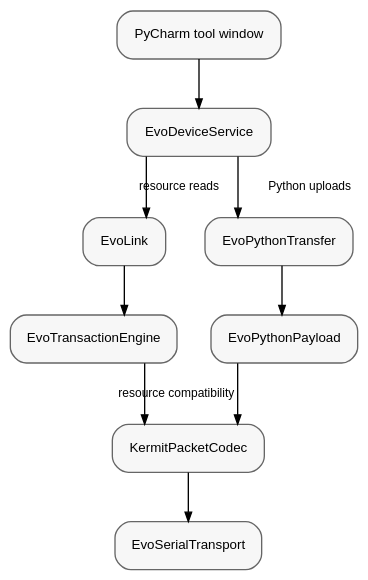
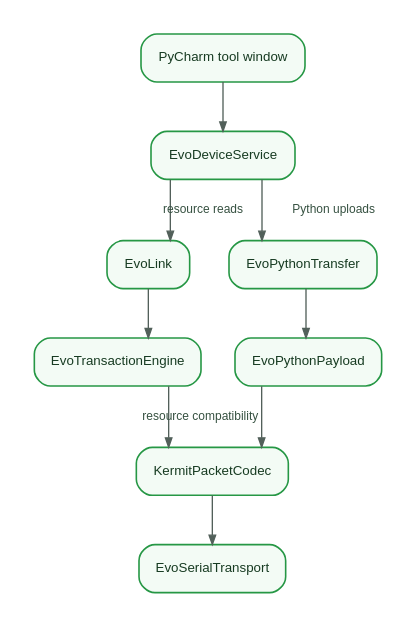
The first of 2 diagrams in docs/protocol.rst (Inspyre-Softworks/ti84-evo-for-pycharm), drawn with Graphviz before and after one commit. The commit also changed other lines of this file and 8 other files, not shown here.

```diff
--- a/docs/protocol.rst
+++ b/docs/protocol.rst
@@ -7,58 +7,63 @@
 .. graphviz::
    :align: center
+   :class: only-light architecture-diagram
 
    digraph architecture {
        rankdir=TB;
        splines=ortho;
 
        graph [
-           bgcolor="transparent",
+           bgcolor="#ffffff",
            pad=0.25,
            nodesep=0.35,
            ranksep=0.5
        ];
 
        node [
            shape=box,
            style="rounded,filled",
-           fillcolor="#f7f7f7",
-           color="#666666",
+           fillcolor="#f3fbf5",
+           color="#269745",
+           fontcolor="#173b22",
            fontname="Arial",
            fontsize=10,
-           margin="0.18,0.10"
+           margin="0.18,0.10",
+           penwidth=1.2
        ];
 
        edge [
+           color="#52605a",
+           fontcolor="#365141",
            fontname="Arial",
            fontsize=9,
            arrowsize=0.7
        ];
 
        tool [label="PyCharm tool window"];
        service [label="EvoDeviceService"];
 
        evolink [label="EvoLink"];
        python_transfer [label="EvoPythonTransfer"];
 
        transaction [label="EvoTransactionEngine"];
        python_payload [label="EvoPythonPayload"];
 
        codec [label="KermitPacketCodec"];
        transport [label="EvoSerialTransport"];
 
        tool -> service;
 
        service -> evolink [label="resource reads"];
        service -> python_transfer [label="Python uploads"];
 
        evolink -> transaction;
        python_transfer -> python_payload;
 
        transaction -> codec [label="resource compatibility"];
        python_payload -> codec;
 
        codec -> transport;
 
        { rank = same; evolink; python_transfer; }
        { rank = same; transaction; python_payload; }
    }
```
